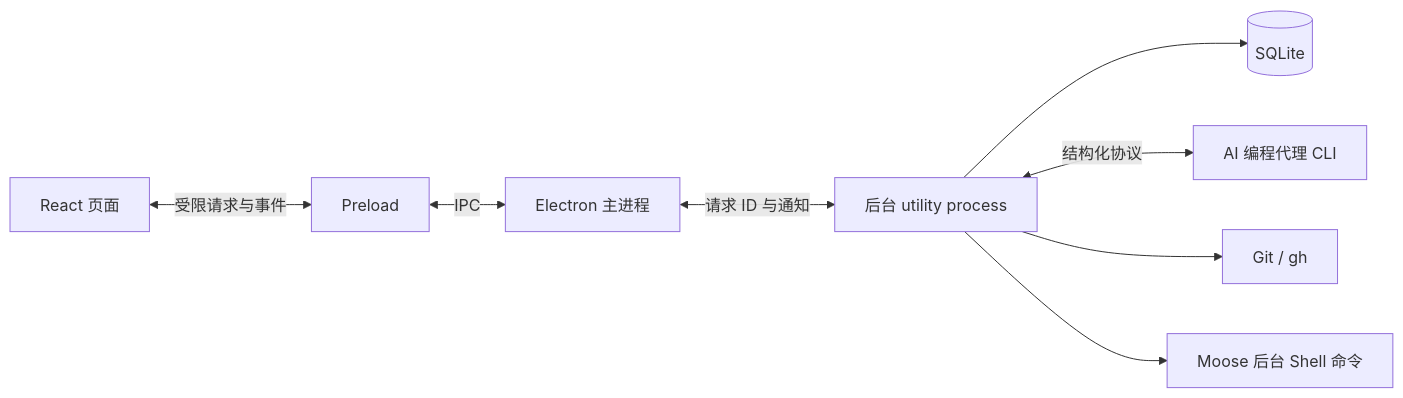
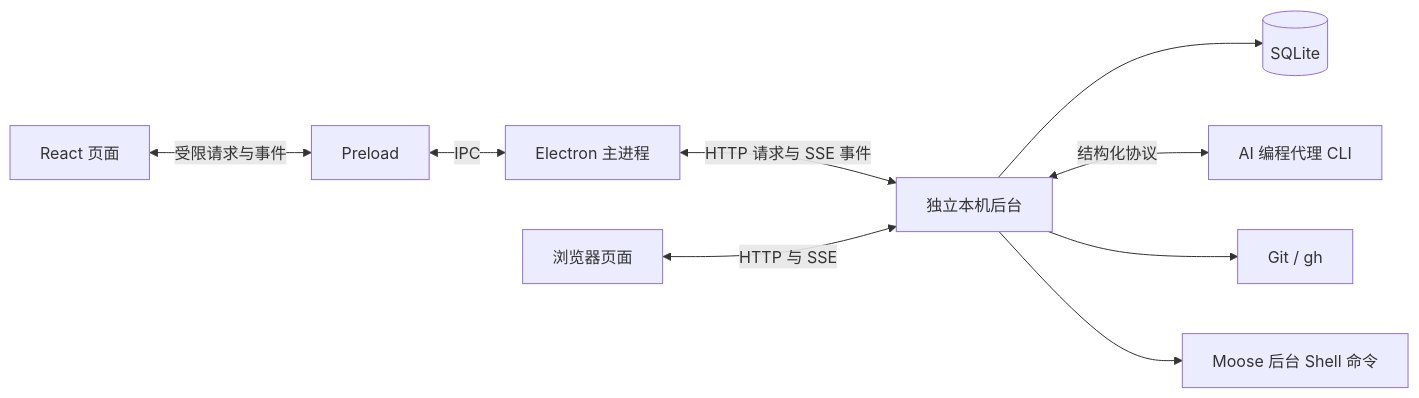
One commit to shqingda/moose changed the diagram in docs/interview/project-interview-guide.md. Above: the diagram before and after it, drawn with Mermaid. The commit also changed other lines of this file and 18 other files, not shown here.

````diff
--- a/docs/interview/project-interview-guide.md
+++ b/docs/interview/project-interview-guide.md
@@ -101,10 +101,11 @@
 ```mermaid
 flowchart LR
   UI[React 页面] <-->|受限请求与事件| P[Preload]
   P <-->|IPC| M[Electron 主进程]
-  M <-->|请求 ID 与通知| U[后台 utility process]
+  M <-->|HTTP 请求与 SSE 事件| U[独立本机后台]
+  W[浏览器页面] <-->|HTTP 与 SSE| U
   U --> DB[(SQLite)]
   U <-->|结构化协议| CLI[AI 编程代理 CLI]
   U --> G[Git / gh]
   U --> S[Moose 后台 Shell 命令]
 ```
````
